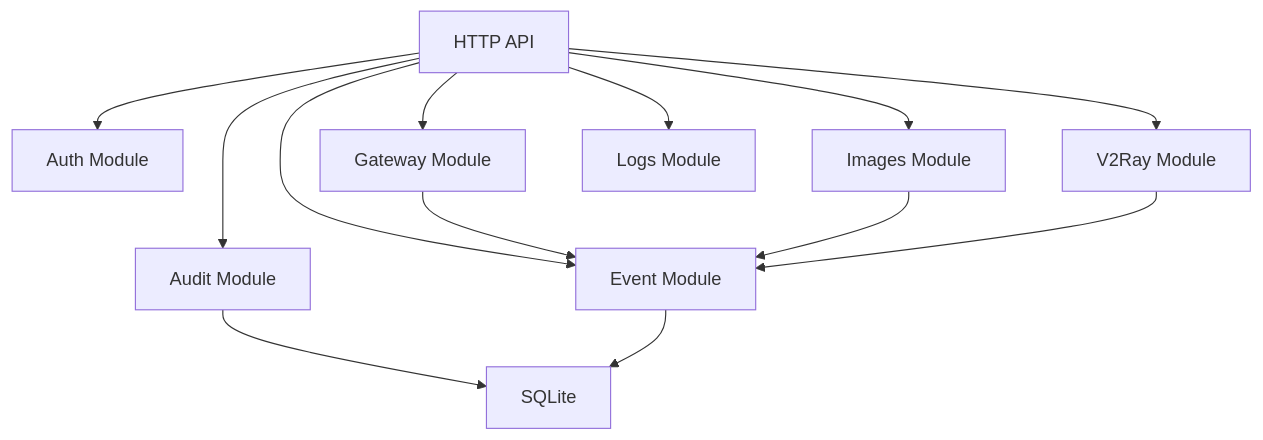
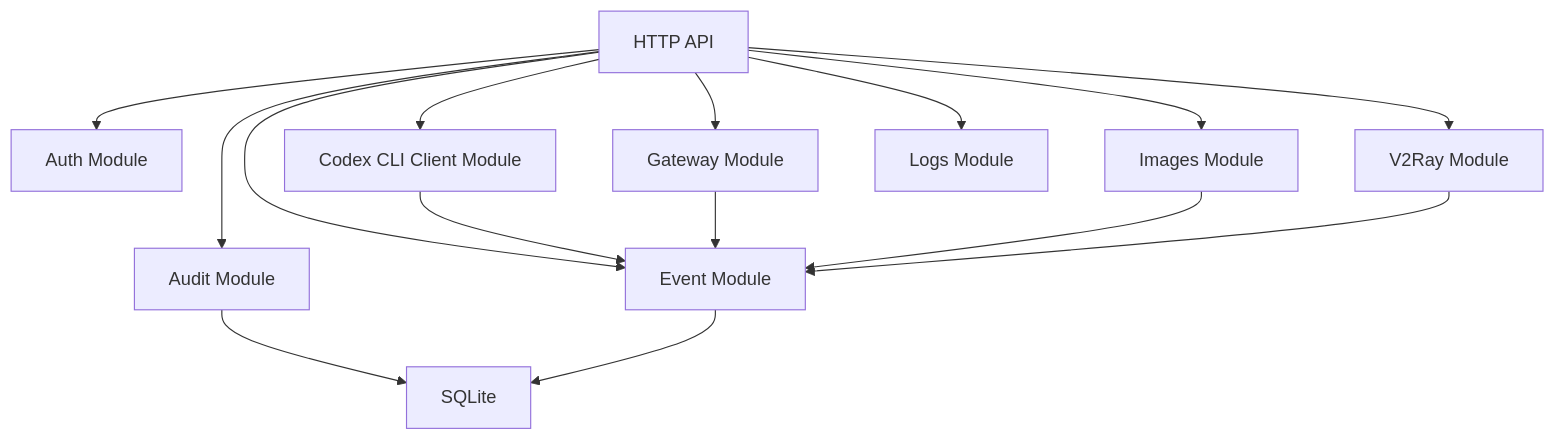
One commit to NageNalock/phantom-lancer changed the second of 2 diagrams in docs/personal-web-terminal-technical-design.md. Above: the diagram before and after it, drawn with Mermaid. The commit also changed other lines of this file and 3 other files, not shown here.

````diff
--- a/docs/personal-web-terminal-technical-design.md
+++ b/docs/personal-web-terminal-technical-design.md
@@ -94,16 +107,18 @@
 ```mermaid
 flowchart TD
   API["HTTP API"] --> Auth["Auth Module"]
+  API --> CodexClient["Codex CLI Client Module"]
   API --> Gateway["Gateway Module"]
   API --> Images["Images Module"]
   API --> V2Ray["V2Ray Module"]
   API --> Logs["Logs Module"]
   API --> Audit["Audit Module"]
   API --> Event["Event Module"]
 
+  CodexClient --> Event
   Gateway --> Event
   Images --> Event
   V2Ray --> Event
   Audit --> DB["SQLite"]
   Event --> DB
 ```
````
